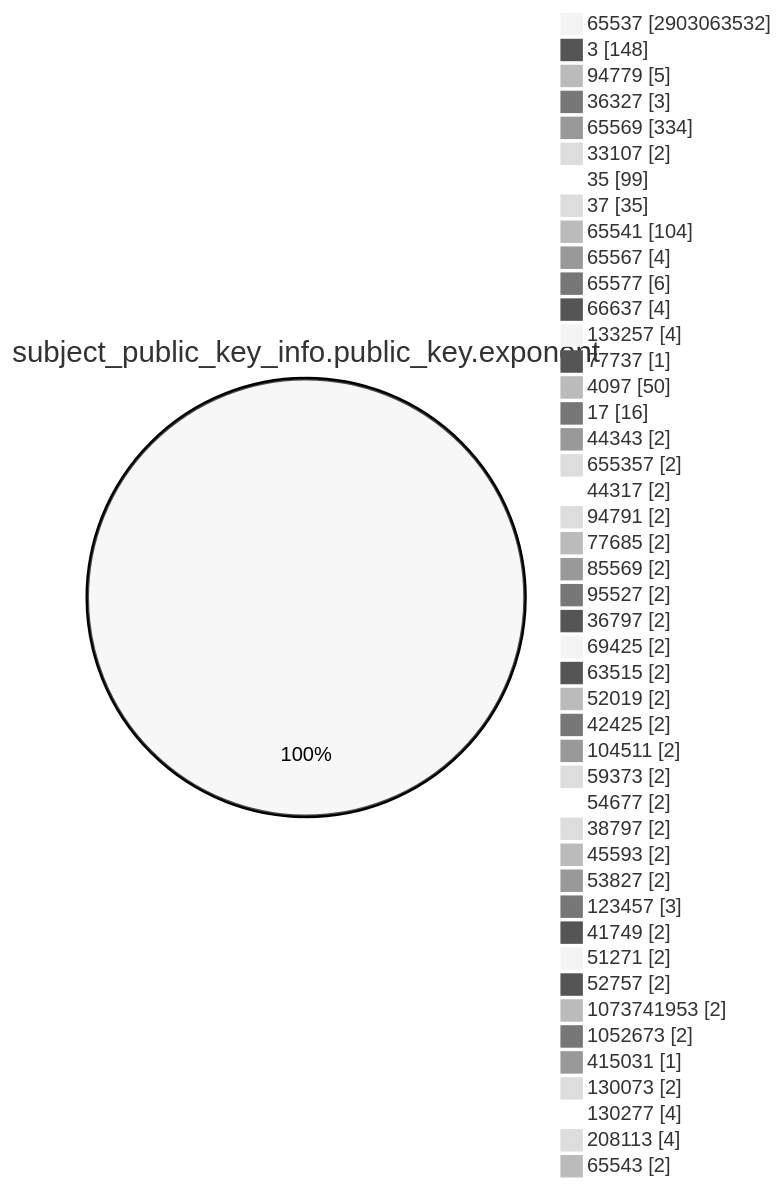
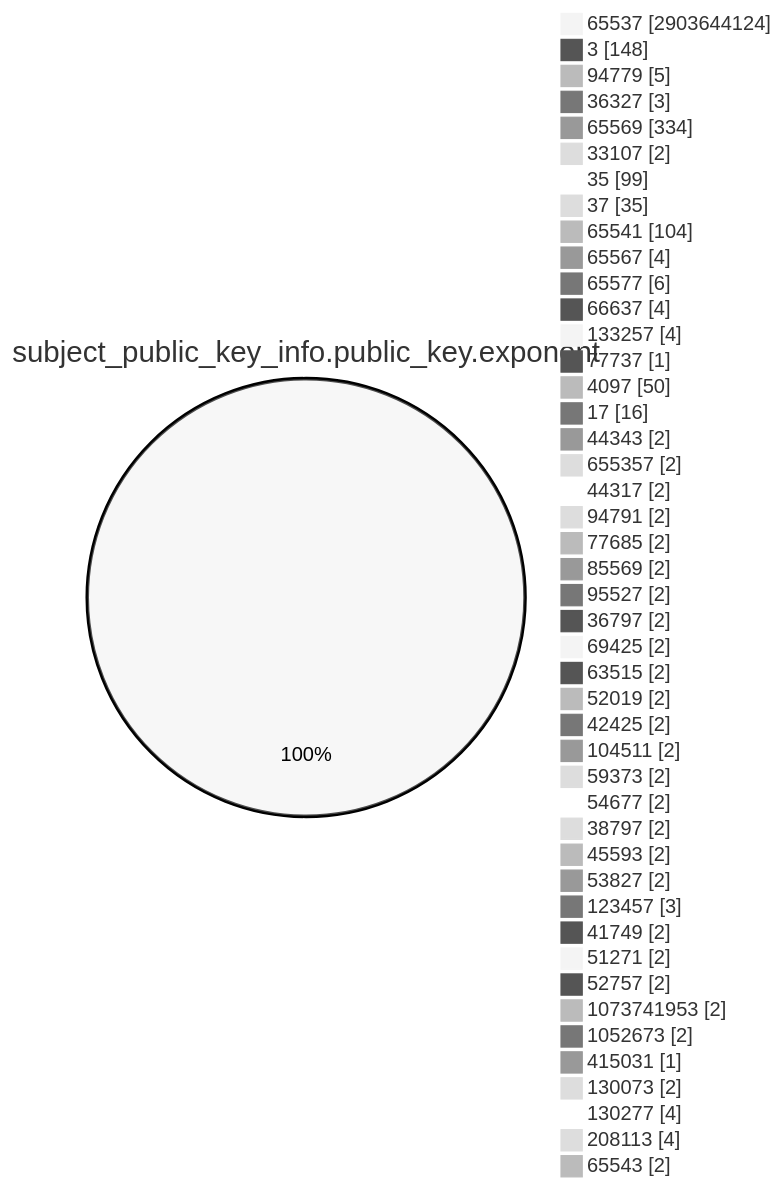
One commit to christiankrug/ctmonitor_visualization changed the fourth of 15 diagrams in TOTAL/README.md. Above: the diagram before and after it, drawn with Mermaid (neutral theme). The commit also changed other lines of this file, not shown here.

````diff
--- a/TOTAL/README.md
+++ b/TOTAL/README.md
@@ -1469,49 +1469,49 @@
 ```mermaid
 pie showData
 title subject_public_key_info.public_key.exponent
-"65537" :2903063532
+"65537" :2903644124
 "3" :148
 "94779" :5
 "36327" :3
 "65569" :334
 "33107" :2
 "35" :99
 "37" :35
 "65541" :104
 "65567" :4
 "65577" :6
 "66637" :4
 "133257" :4
 "77737" :1
 "4097" :50
 "17" :16
 "44343" :2
 "655357" :2
 "44317" :2
 "94791" :2
 "77685" :2
 "85569" :2
 "95527" :2
 "36797" :2
 "69425" :2
 "63515" :2
 "52019" :2
 "42425" :2
 "104511" :2
 "59373" :2
 "54677" :2
 "38797" :2
 "45593" :2
 "53827" :2
 "123457" :3
 "41749" :2
 "51271" :2
 "52757" :2
 "1073741953" :2
 "1052673" :2
 "415031" :1
 "130073" :2
 "130277" :4
 "208113" :4
 "65543" :2
 ```
````
